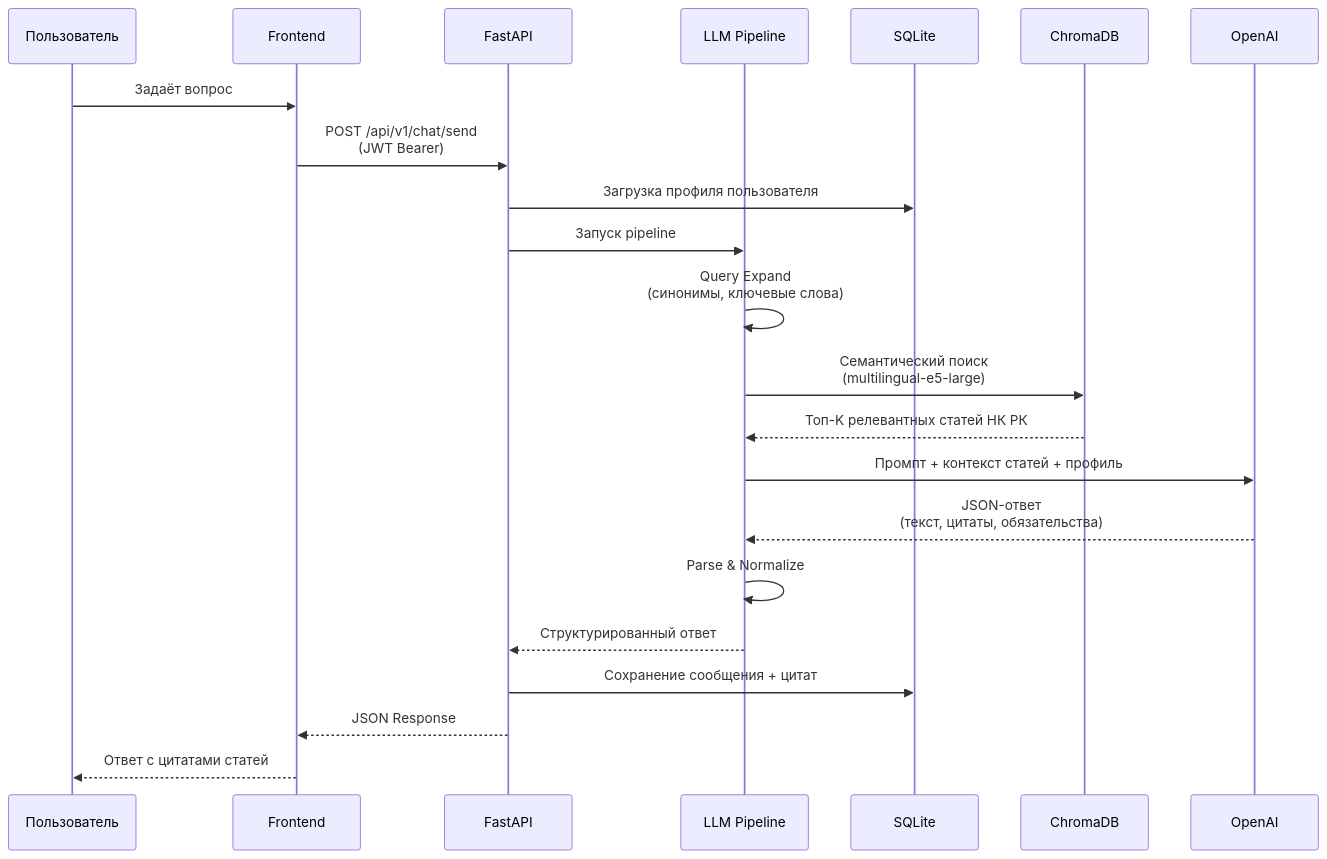
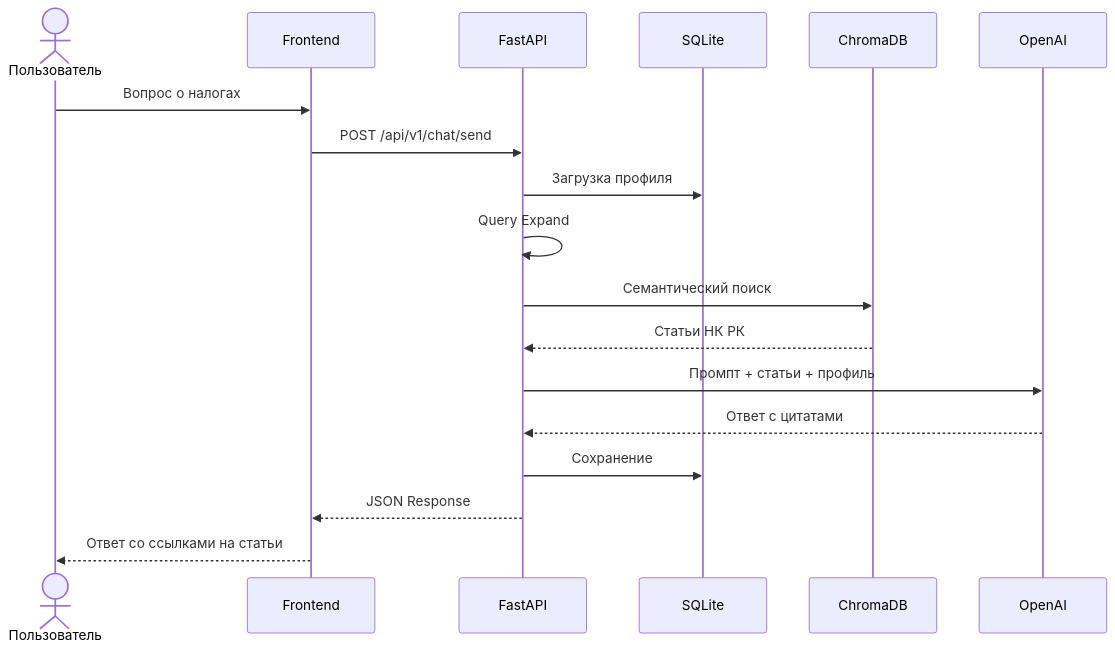
One commit to Tokpoki/SalyqAI changed the second of 2 diagrams in docs/architecture.md. Above: the diagram before and after it, drawn with Mermaid. The commit also changed other lines of this file, not shown here.

Commit message:
docs: simplify architecture diagrams for better rendering

````diff
--- a/docs/architecture.md
+++ b/docs/architecture.md
@@ -53,28 +37,21 @@
 ```mermaid
 sequenceDiagram
-    participant U as Пользователь
+    actor U as Пользователь
     participant F as Frontend
     participant API as FastAPI
-    participant LLM as LLM Pipeline
     participant DB as SQLite
-    participant VDB as ChromaDB
-    participant GPT as OpenAI
+    participant RAG as ChromaDB
+    participant AI as OpenAI
 
-    U->>F: Задаёт вопрос
-    F->>API: POST /api/v1/chat/send<br/>(JWT Bearer)
-    API->>DB: Загрузка профиля пользователя
-    API->>LLM: Запуск pipeline
-
-    LLM->>LLM: Query Expand<br/>(синонимы, ключевые слова)
-    LLM->>VDB: Семантический поиск<br/>(multilingual-e5-large)
-    VDB-->>LLM: Топ-K релевантных статей НК РК
-
-    LLM->>GPT: Промпт + контекст статей + профиль
-    GPT-->>LLM: JSON-ответ<br/>(текст, цитаты, обязательства)
-
-    LLM->>LLM: Parse & Normalize
-    LLM-->>API: Структурированный ответ
-    API->>DB: Сохранение сообщения + цитат
+    U->>F: Вопрос о налогах
+    F->>API: POST /api/v1/chat/send
+    API->>DB: Загрузка профиля
+    API->>API: Query Expand
+    API->>RAG: Семантический поиск
+    RAG-->>API: Статьи НК РК
+    API->>AI: Промпт + статьи + профиль
+    AI-->>API: Ответ с цитатами
+    API->>DB: Сохранение
     API-->>F: JSON Response
-    F-->>U: Ответ с цитатами статей
+    F-->>U: Ответ со ссылками на статьи
 ```
````
